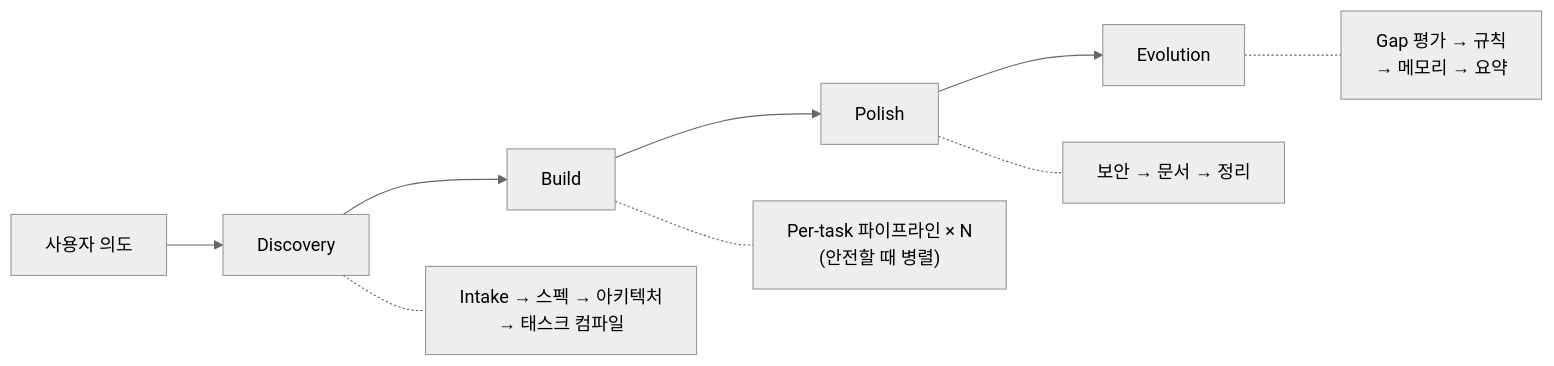
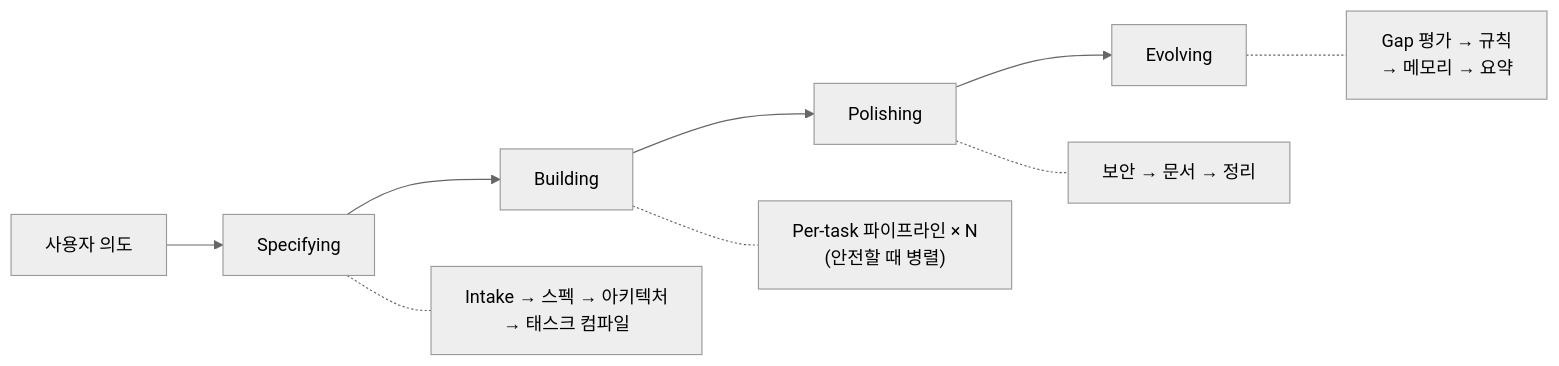
Before and after one commit to choam2426/geas: the diagram in README.ko.md, drawn with Mermaid (neutral theme). The commit also changed other lines of this file and 42 other files, not shown here.

Commit message:
refactor: rename phases in docs — specifying/building/polishing/evolving, remove mode concept

````diff
--- a/README.ko.md
+++ b/README.ko.md
@@ -72,12 +72,12 @@
 ```mermaid
 graph LR
-    A[사용자 의도] --> B[Discovery]
-    B --> C[Build]
-    C --> D[Polish]
-    D --> E[Evolution]
+    A[사용자 의도] --> B[Specifying]
+    B --> C[Building]
+    C --> D[Polishing]
+    D --> E[Evolving]
 
     B -.- B1["Intake → 스펙 → 아키텍처\n→ 태스크 컴파일"]
     C -.- C1["Per-task 파이프라인 × N\n(안전할 때 병렬)"]
     D -.- D1["보안 → 문서 → 정리"]
     E -.- E1["Gap 평가 → 규칙\n→ 메모리 → 요약"]
 ```
````
